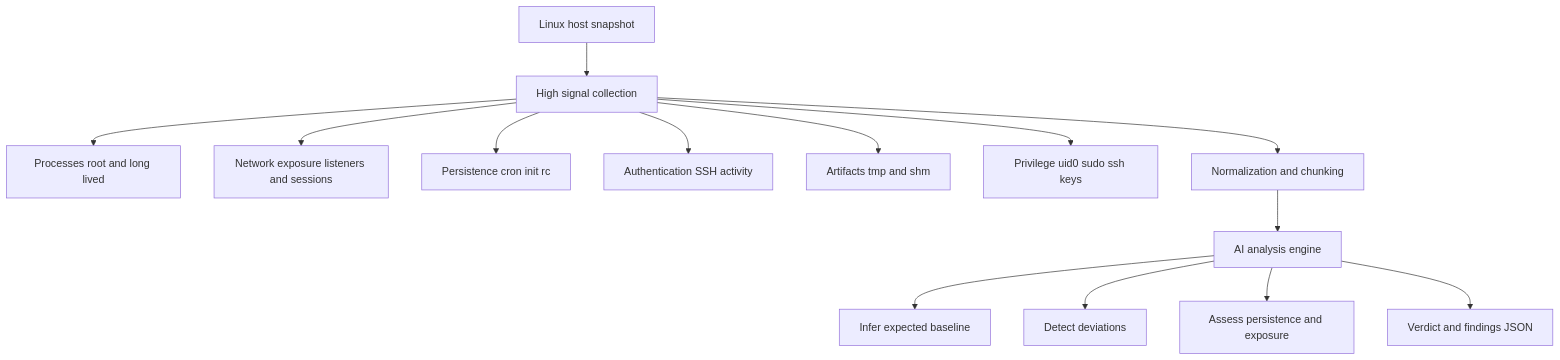
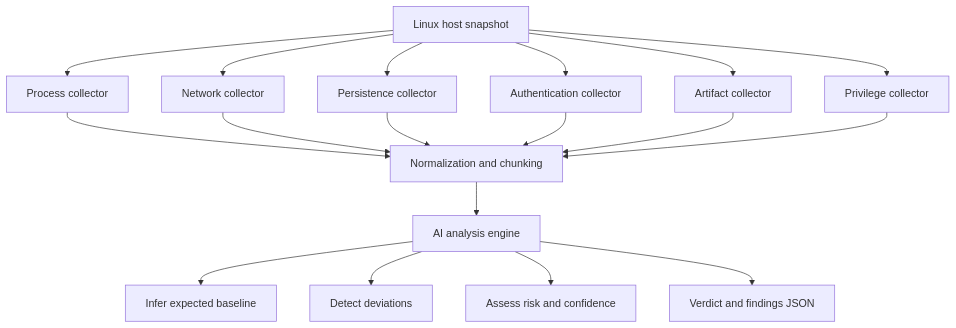
The diagram in README.md (Towelie/linux-ai-host-anomaly), drawn with Mermaid before and after one commit. The commit also changed other lines of this file, not shown here.

Commit message:
Updated graph

````diff
--- a/README.md
+++ b/README.md
@@ -15,21 +15,26 @@
 ```mermaid
 flowchart TD
-    A[Linux host snapshot] --> B[High signal collection]
+    A[Linux host snapshot]
 
-    B --> B1[Processes root and long lived]
-    B --> B2[Network exposure listeners and sessions]
-    B --> B3[Persistence cron init rc]
-    B --> B4[Authentication SSH activity]
-    B --> B5[Artifacts tmp and shm]
-    B --> B6[Privilege uid0 sudo ssh keys]
+    A --> B1[Process collector]
+    A --> B2[Network collector]
+    A --> B3[Persistence collector]
+    A --> B4[Authentication collector]
+    A --> B5[Artifact collector]
+    A --> B6[Privilege collector]
 
-    B --> C[Normalization and chunking]
+    B1 --> C[Normalization and chunking]
+    B2 --> C
+    B3 --> C
+    B4 --> C
+    B5 --> C
+    B6 --> C
 
     C --> D[AI analysis engine]
 
     D --> D1[Infer expected baseline]
     D --> D2[Detect deviations]
-    D --> D3[Assess persistence and exposure]
+    D --> D3[Assess risk and confidence]
 
     D --> E[Verdict and findings JSON]
 ```
````
